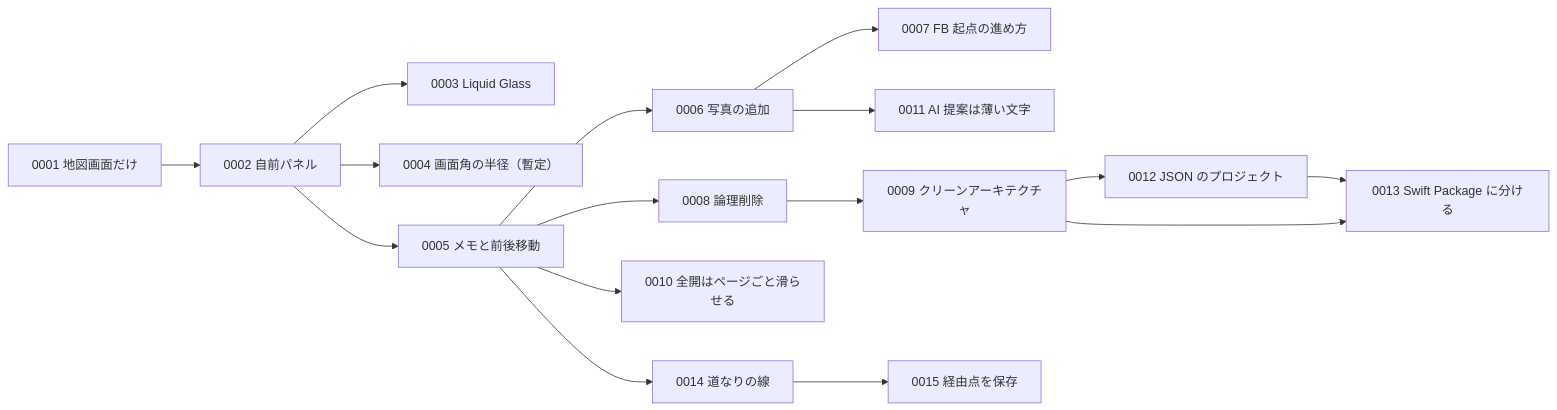
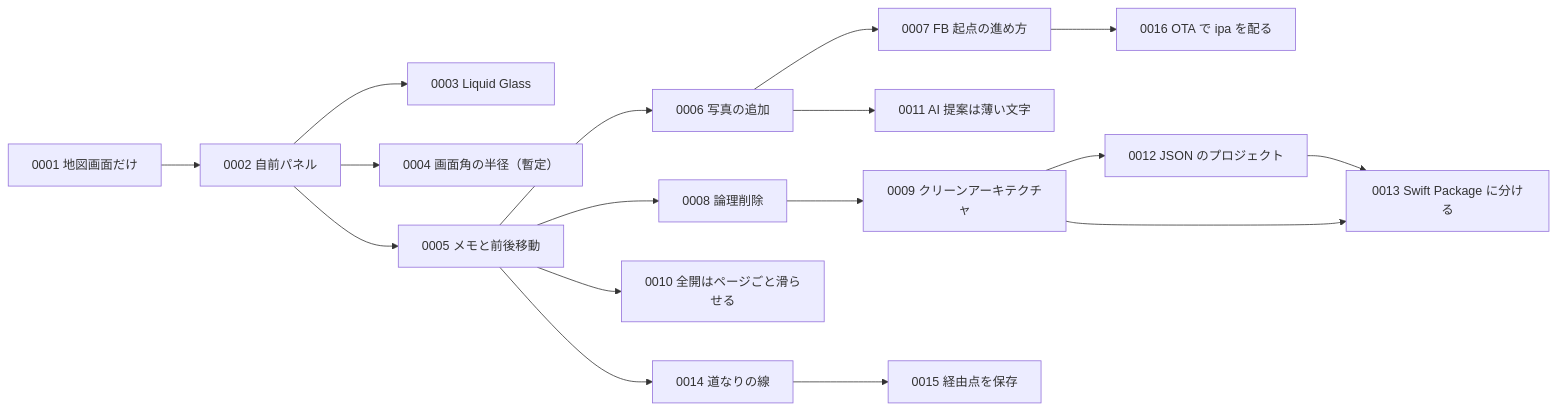
The diagram in docs/adr/README.md (akidon0000/tabi-memo), drawn with Mermaid before and after one commit. The commit also changed other lines of this file and 7 other files, not shown here.

First line of the commit message:
実機確認用に、Tailscale 経由の OTA で ipa を配る scripts/ota.sh を足す

````diff
--- a/docs/adr/README.md
+++ b/docs/adr/README.md
@@ -46,18 +47,19 @@
 ```mermaid
 flowchart LR
     0001["0001 地図画面だけ"] --> 0002["0002 自前パネル"]
     0002 --> 0003["0003 Liquid Glass"]
     0002 --> 0004["0004 画面角の半径（暫定）"]
     0002 --> 0005["0005 メモと前後移動"]
     0005 --> 0006["0006 写真の追加"]
     0006 --> 0007["0007 FB 起点の進め方"]
     0005 --> 0008["0008 論理削除"]
     0008 --> 0009["0009 クリーンアーキテクチャ"]
     0005 --> 0010["0010 全開はページごと滑らせる"]
     0006 --> 0011["0011 AI 提案は薄い文字"]
     0009 --> 0012["0012 JSON のプロジェクト"]
     0012 --> 0013["0013 Swift Package に分ける"]
     0009 --> 0013
     0005 --> 0014["0014 道なりの線"]
     0014 --> 0015["0015 経由点を保存"]
+    0007 --> 0016["0016 OTA で ipa を配る"]
 ```
````
